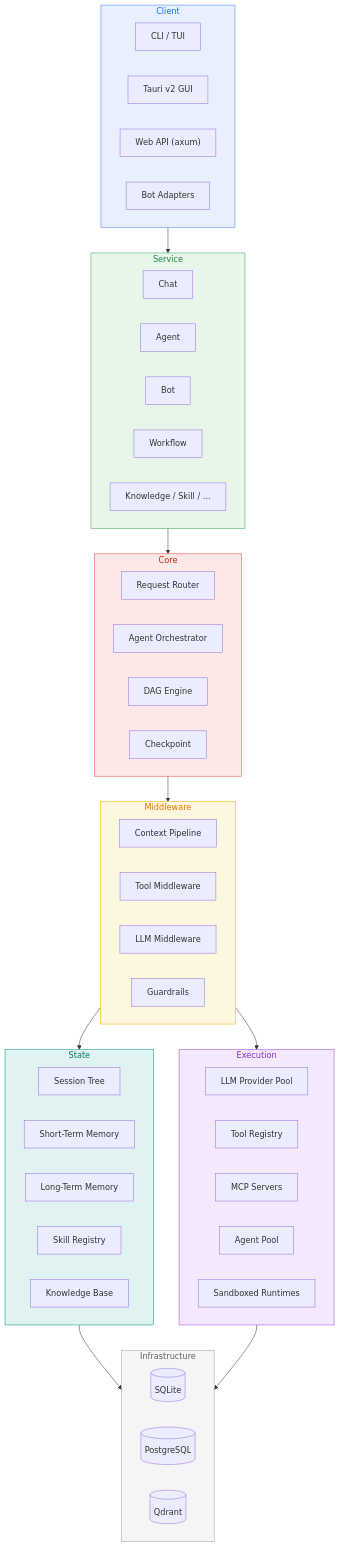
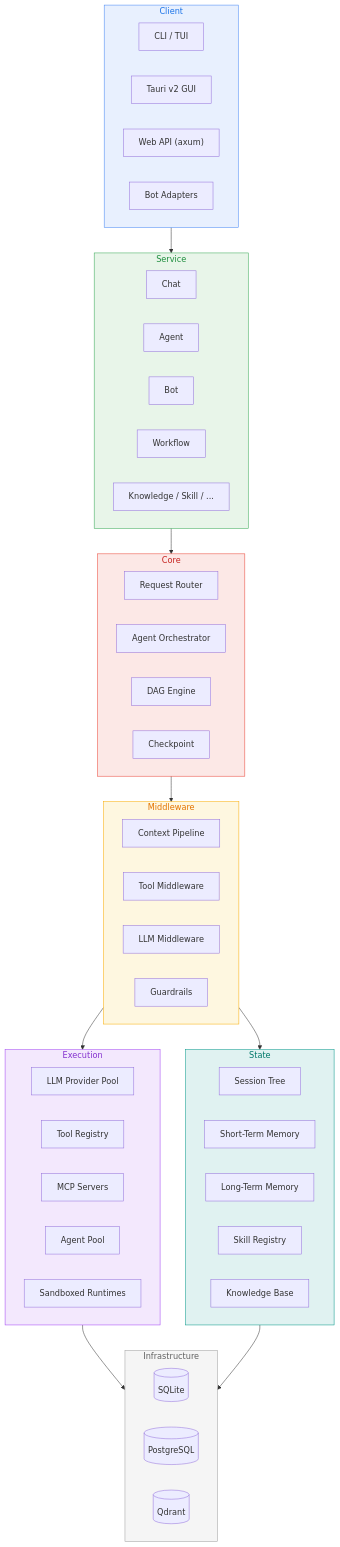
The diagram in README.md (gorgiaxx/y-agent), drawn with Mermaid before and after one commit.

Commit message:
docs: fix mermaid subgraph layout in architecture diagram

````diff
--- a/README.md
+++ b/README.md
@@ -439,69 +439,74 @@
 ```mermaid
 flowchart TD
     subgraph CLIENT ["Client"]
+        direction LR
         CLI["CLI / TUI"]
         GUI["Tauri v2 GUI"]
         API["Web API (axum)"]
         BOT["Bot Adapters"]
     end
 
     subgraph SERVICE ["Service"]
+        direction LR
         Chat["Chat"]
         Agent["Agent"]
         Bot["Bot"]
         Workflow["Workflow"]
         More["Knowledge / Skill / ..."]
     end
 
     subgraph CORE ["Core"]
+        direction LR
         Router["Request Router"]
         Orchestrator["Agent Orchestrator"]
         DAG["DAG Engine"]
         Checkpoint["Checkpoint"]
     end
 
     subgraph MIDDLE ["Middleware"]
+        direction LR
         CtxMW["Context Pipeline"]
         ToolMW["Tool Middleware"]
         LlmMW["LLM Middleware"]
         Guard["Guardrails"]
     end
 
     subgraph EXEC ["Execution"]
+        direction LR
         Providers["LLM Provider Pool"]
         ToolReg["Tool Registry"]
         MCP["MCP Servers"]
         AgentPool["Agent Pool"]
         Runtime["Sandboxed Runtimes"]
     end
 
     subgraph STATE ["State"]
+        direction LR
         Session["Session Tree"]
         STM["Short-Term Memory"]
         LTM["Long-Term Memory"]
         Skills["Skill Registry"]
         KB["Knowledge Base"]
     end
 
     subgraph INFRA ["Infrastructure"]
+        direction LR
         SQLite[("SQLite")]
         PG[("PostgreSQL")]
         Qdrant[("Qdrant")]
     end
 
     CLIENT --> SERVICE
     SERVICE --> CORE
     CORE --> MIDDLE
-    MIDDLE --> EXEC
-    MIDDLE --> STATE
-    STATE --> INFRA
-    EXEC --> INFRA
+    MIDDLE --> EXEC & STATE
+    EXEC & STATE --> INFRA
 
     style CLIENT fill:#e8f0fe,stroke:#4285f4,color:#1a73e8
     style SERVICE fill:#e8f5e9,stroke:#34a853,color:#1e8e3e
     style CORE fill:#fce8e6,stroke:#ea4335,color:#c5221f
     style MIDDLE fill:#fef7e0,stroke:#f9ab00,color:#e37400
     style EXEC fill:#f3e8fd,stroke:#a142f4,color:#8430ce
     style STATE fill:#e0f2f1,stroke:#009688,color:#00796b
     style INFRA fill:#f5f5f5,stroke:#9e9e9e,color:#616161
 ```
````
